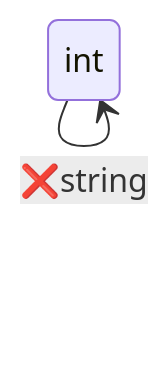
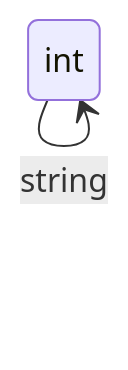
One commit to widmogrod/mkunion changed the diagram in x/machine/test_suite_test.go.state_diagram_with_errors.mmd. Above: the diagram before and after it, drawn with Mermaid. The commit also changed 3 other files, not shown here.

First line of the commit message:
feat: introduce ParseMermaid and fuzzyWithKnownTransitions for enhanced state machine testing

```diff
--- a/x/machine/test_suite_test.go.state_diagram_with_errors.mmd
+++ b/x/machine/test_suite_test.go.state_diagram_with_errors.mmd
@@ -1,6 +1,4 @@
 stateDiagram
 	int: int
 
 	int --> int: string
-	%% error=unknown cmd: 
-	int --> int: ❌string
```
